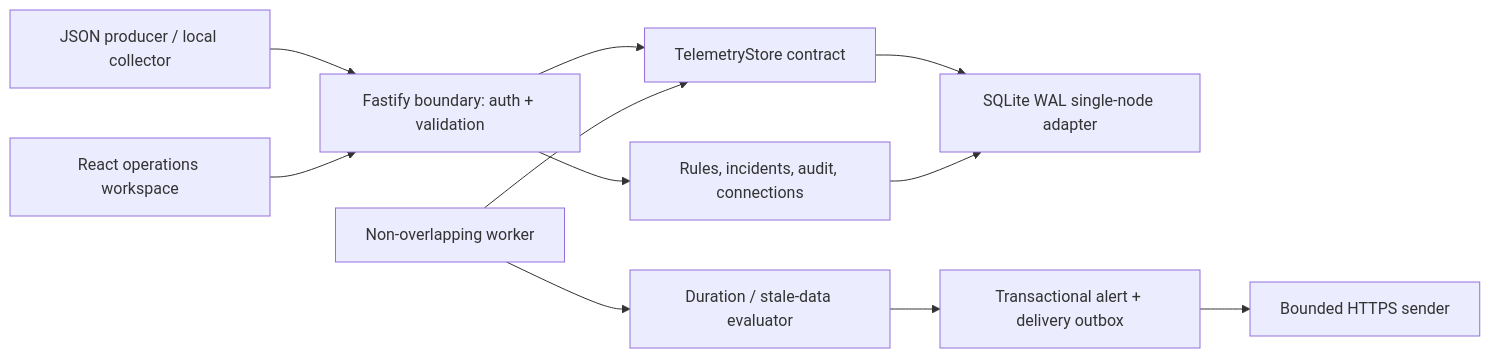
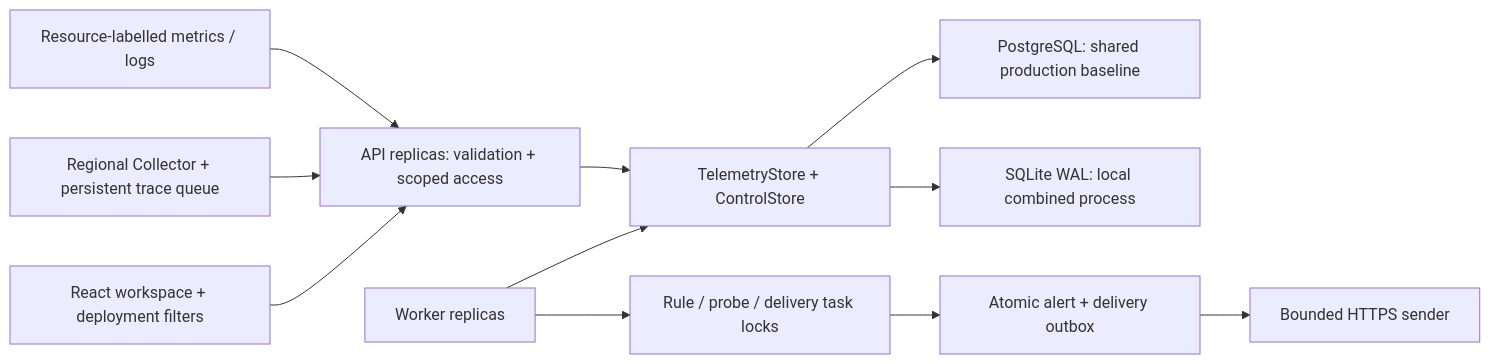
One commit to benny1020/signaldesk changed the diagram in docs/ARCHITECTURE.md. Above: the diagram before and after it, drawn with Mermaid. The commit also changed other lines of this file and 54 other files, not shown here.

Commit message:
feat: add multi-region resource monitoring and shared PostgreSQL execution

````diff
--- a/docs/ARCHITECTURE.md
+++ b/docs/ARCHITECTURE.md
@@ -3,13 +3,13 @@
 ```mermaid
 flowchart LR
-  SDK[JSON producer / local collector] --> API[Fastify boundary: auth + validation]
-  API --> Store[TelemetryStore contract]
-  Store --> SQLite[SQLite WAL single-node adapter]
-  UI[React operations workspace] --> API
-  Worker[Non-overlapping worker] --> Store
-  Worker --> Rules[Duration / stale-data evaluator]
-  Rules --> Outbox[Transactional alert + delivery outbox]
+  Producer[Resource-labelled metrics / logs] --> API[API replicas: validation + scoped access]
+  Collector[Regional Collector + persistent trace queue] --> API
+  UI[React workspace + deployment filters] --> API
+  API --> Storage[TelemetryStore + ControlStore]
+  Workers[Worker replicas] --> Storage
+  Storage --> PG[PostgreSQL: shared production baseline]
+  Storage --> SQLite[SQLite WAL: local combined process]
+  Workers --> Tasks[Rule / probe / delivery task locks]
+  Tasks --> Outbox[Atomic alert + delivery outbox]
   Outbox --> HTTPS[Bounded HTTPS sender]
-  API --> Control[Rules, incidents, audit, connections]
-  Control --> SQLite
 ```
````
